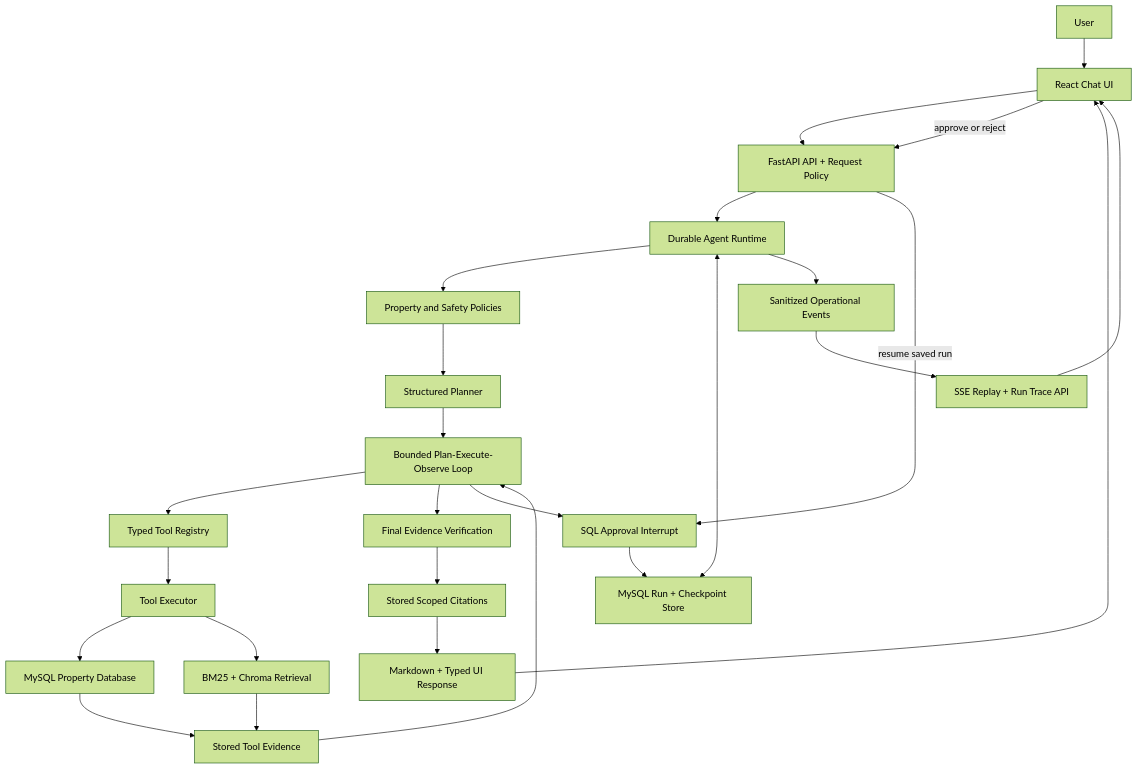
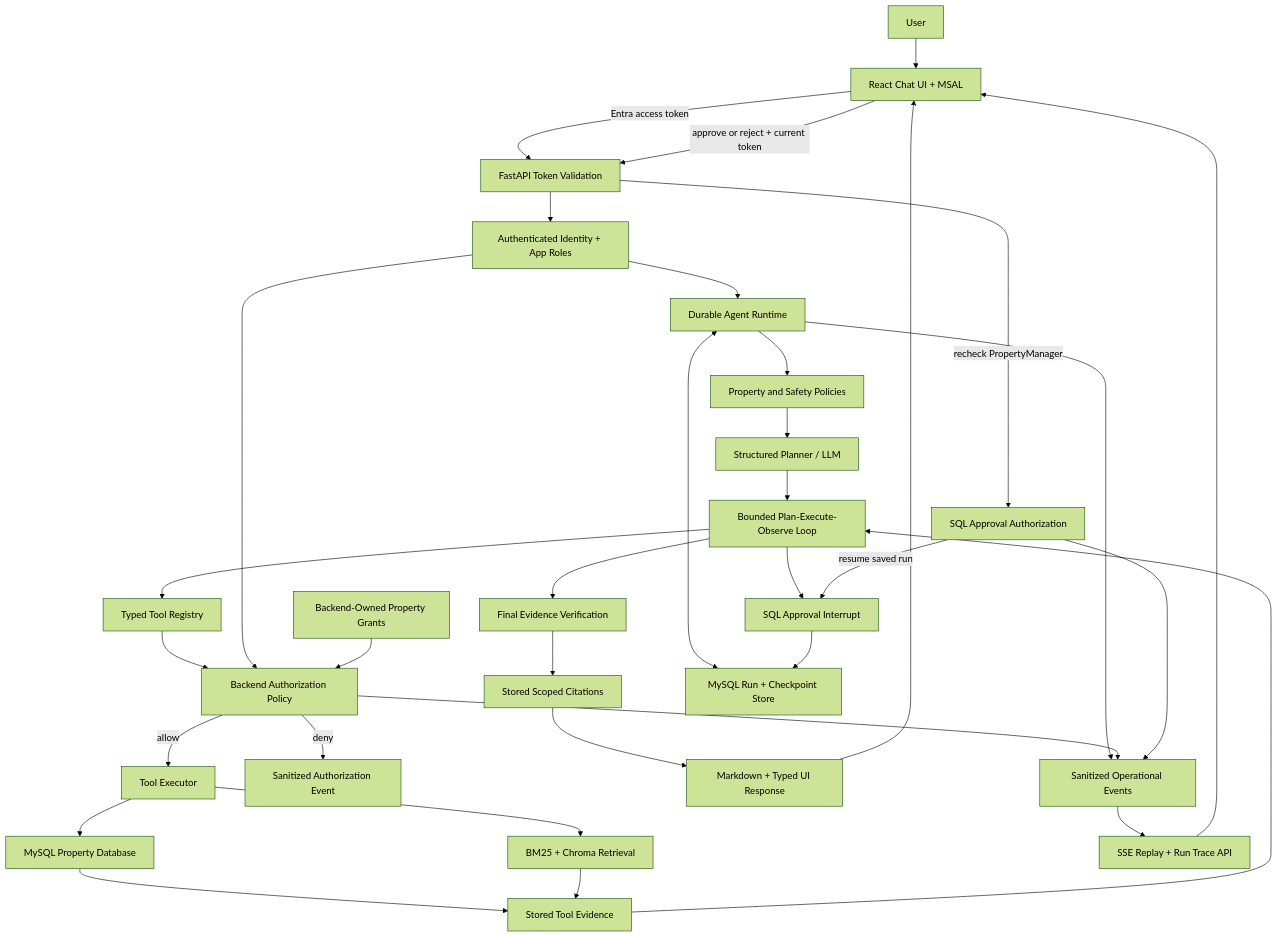
The first of 2 diagrams in README.md (nanda1045/Property_Chatbot), drawn with Mermaid (forest theme) before and after one commit. The commit also changed other lines of this file and 37 other files, not shown here.

Commit message:
Add Entra authentication and tool authorization

````diff
--- a/README.md
+++ b/README.md
@@ -366,30 +437,38 @@
 ```mermaid
 flowchart TD
-  User["User"] --> UI["React Chat UI"]
-  UI --> API["FastAPI API + Request Policy"]
-  API --> Runtime["Durable Agent Runtime"]
+  User["User"] --> UI["React Chat UI + MSAL"]
+  UI -->|Entra access token| TokenValidation["FastAPI Token Validation"]
+  TokenValidation --> Identity["Authenticated Identity + App Roles"]
+  Identity --> Runtime["Durable Agent Runtime"]
   Runtime --> Policies["Property and Safety Policies"]
-  Policies --> Planner["Structured Planner"]
+  Policies --> Planner["Structured Planner / LLM"]
   Planner --> Loop["Bounded Plan-Execute-Observe Loop"]
   Loop --> Registry["Typed Tool Registry"]
-  Registry --> Executor["Tool Executor"]
+  Registry --> Authorization["Backend Authorization Policy"]
+  Identity --> Authorization
+  PropertyGrants["Backend-Owned Property Grants"] --> Authorization
+  Authorization -->|allow| Executor["Tool Executor"]
+  Authorization -->|deny| Denied["Sanitized Authorization Event"]
   Executor --> PropertyDB["MySQL Property Database"]
   Executor --> Retrieval["BM25 + Chroma Retrieval"]
   PropertyDB --> Evidence["Stored Tool Evidence"]
   Retrieval --> Evidence
   Evidence --> Loop
   Loop --> Verification["Final Evidence Verification"]
   Verification --> Citations["Stored Scoped Citations"]
   Citations --> Response["Markdown + Typed UI Response"]
   Response --> UI
 
   Runtime <--> Checkpoints["MySQL Run + Checkpoint Store"]
   Loop --> Approval["SQL Approval Interrupt"]
   Approval --> Checkpoints
-  UI -->|approve or reject| API
-  API -->|resume saved run| Approval
+  UI -->|approve or reject + current token| TokenValidation
+  TokenValidation -->|recheck PropertyManager| ApprovalPolicy["SQL Approval Authorization"]
+  ApprovalPolicy -->|resume saved run| Approval
 
   Runtime --> Events["Sanitized Operational Events"]
+  Authorization --> Events
+  ApprovalPolicy --> Events
   Events --> EventStream["SSE Replay + Run Trace API"]
   EventStream --> UI
 ```
````
